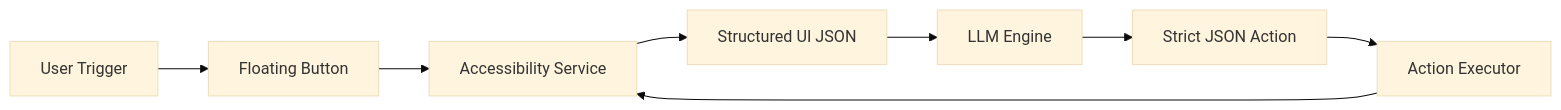
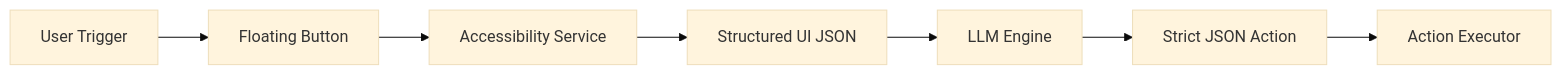
Before and after one commit to dummyforever07-beep/Jarvis-: the first of 2 diagrams in README.md, drawn with Mermaid (base theme). The commit also changed other lines of this file, not shown here.

````diff
--- a/README.md
+++ b/README.md
@@ -36,10 +18,9 @@
 ```mermaid
 flowchart LR
     A[User Trigger] --> B[Floating Button]
     B --> C[Accessibility Service]
     C --> D[Structured UI JSON]
     D --> E[LLM Engine]
     E --> F[Strict JSON Action]
     F --> G[Action Executor]
-    G --> C
 ```
````
